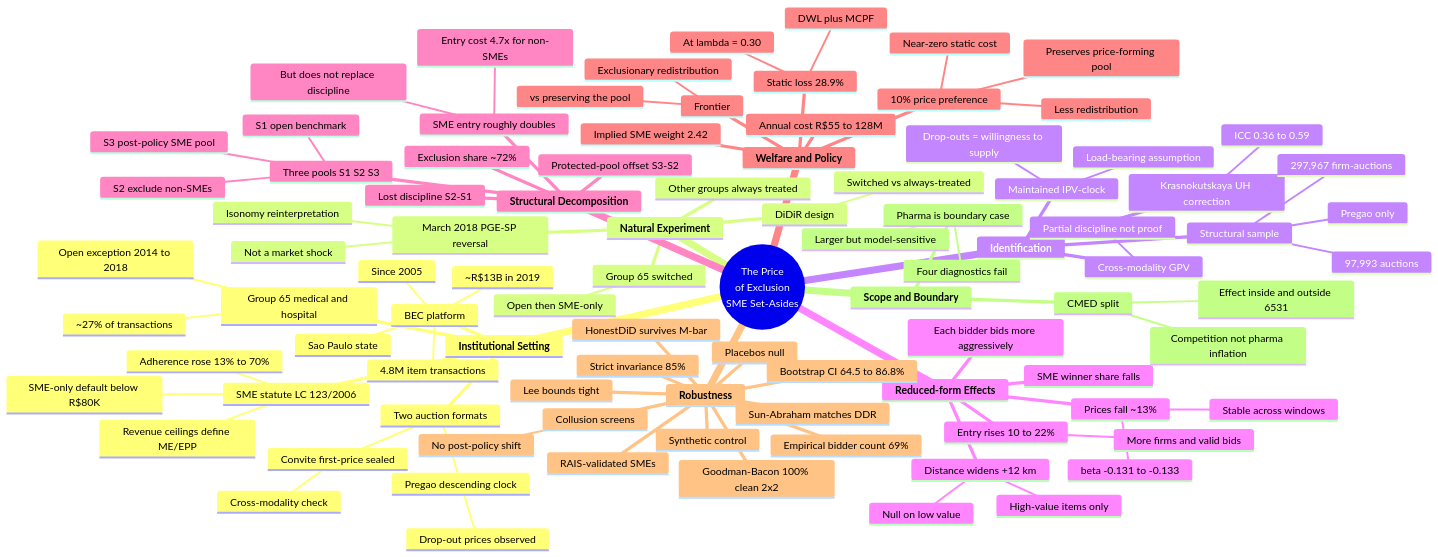
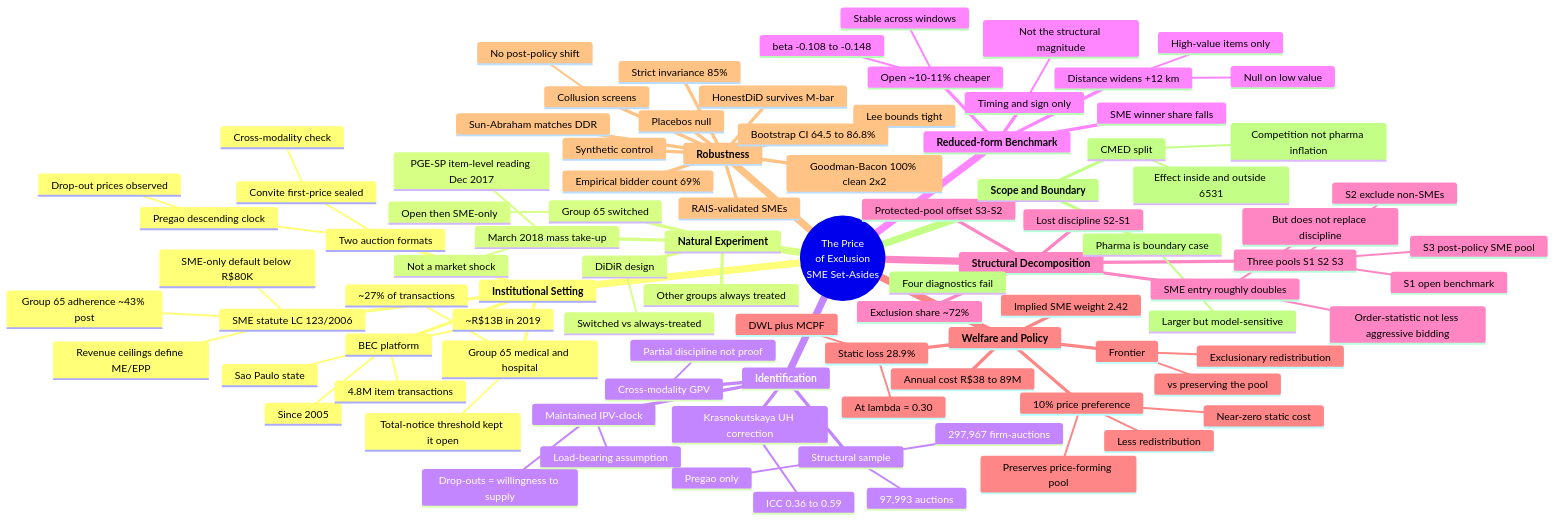
The diagram in docs/research/sme-public/mindmap.md (darciogm/darciogm.github.io), drawn with Mermaid before and after one commit. The commit also changed 12 other files, not shown here.

```diff
--- a/docs/research/sme-public/mindmap.md
+++ b/docs/research/sme-public/mindmap.md
@@ -18,18 +18,18 @@
       SME statute LC 123/2006
         Revenue ceilings define ME/EPP
         SME-only default below R$80K
-        Adherence rose 13% to 70%
+        Group 65 adherence ~43% post
       Group 65 medical and hospital
         ~27% of transactions
-        Open exception 2014 to 2018
+        Total-notice threshold kept it open
       Two auction formats
         Pregao descending clock
           Drop-out prices observed
         Convite first-price sealed
           Cross-modality check
     **Natural Experiment**
-      March 2018 PGE-SP reversal
-        Isonomy reinterpretation
+      March 2018 mass take-up
+        PGE-SP item-level reading Dec 2017
         Not a market shock
       Group 65 switched
         Open then SME-only
@@ -48,17 +48,16 @@
         Pregao only
         97,993 auctions
         297,967 firm-auctions
-    **Reduced-form Effects**
-      Prices fall ~13%
-        beta -0.131 to -0.133
+    **Reduced-form Benchmark**
+      Open ~10-11% cheaper
+        beta -0.108 to -0.148
         Stable across windows
-      Entry rises 10 to 22%
-        More firms and valid bids
+      Timing and sign only
+        Not the structural magnitude
       Distance widens +12 km
         High-value items only
         Null on low value
       SME winner share falls
-      Each bidder bids more aggressively
     **Structural Decomposition**
       Three pools S1 S2 S3
         S1 open benchmark
@@ -69,7 +68,7 @@
       Exclusion share ~72%
       SME entry roughly doubles
         But does not replace discipline
-        Entry cost 4.7x for non-SMEs
+        Order-statistic not less aggressive bidding
     **Welfare and Policy**
       Static loss 28.9%
         At lambda = 0.30
@@ -79,7 +78,7 @@
         Near-zero static cost
         Preserves price-forming pool
         Less redistribution
-      Annual cost R$55 to 128M
+      Annual cost R$38 to 89M
       Frontier
         Exclusionary redistribution
         vs preserving the pool
```
